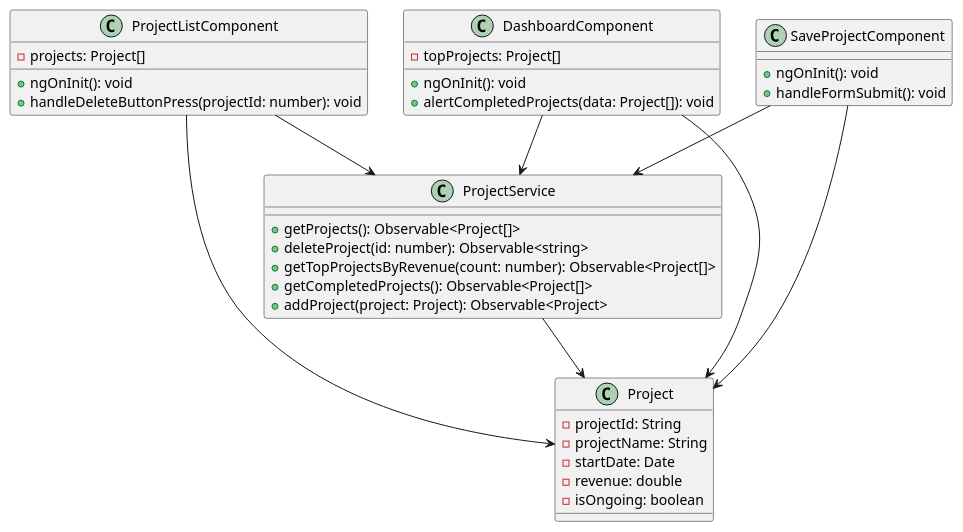
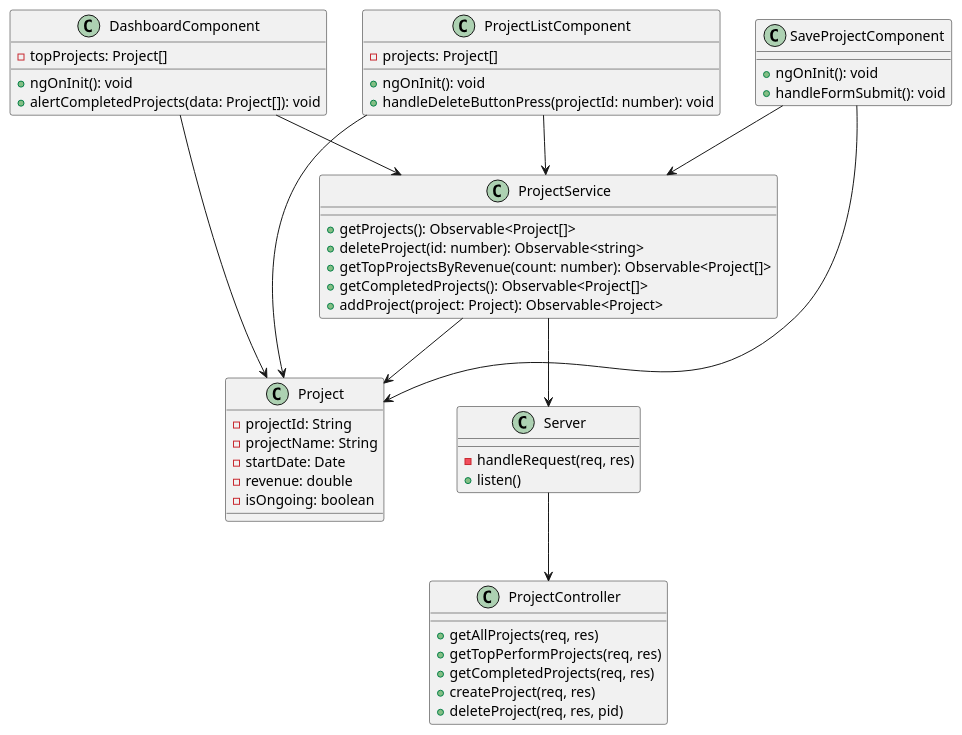
The second of 2 diagrams in diagrams/angular/angular.md (haturusinghe/project-dashboard-angular), drawn with PlantUML before and after one commit. The commit also changed other lines of this file and 1 other file, not shown here.

Commit message:
updated diagreams

````diff
--- a/diagrams/angular/angular.md
+++ b/diagrams/angular/angular.md
@@ -91,56 +90,72 @@
 ```plantuml
 @startuml
 top to bottom direction
 
 class ProjectService{
     +getProjects(): Observable<Project[]>
     +deleteProject(id: number): Observable<string>
     +getTopProjectsByRevenue(count: number): Observable<Project[]>
     +getCompletedProjects(): Observable<Project[]>
     +addProject(project: Project): Observable<Project>
 }
 
 class Project{
     -projectId: String
     -projectName: String
     -startDate: Date
     -revenue: double
     -isOngoing: boolean
 }
 
 class ProjectListComponent{
     -projects: Project[]
     +ngOnInit(): void
     +handleDeleteButtonPress(projectId: number): void
 }
 
 class DashboardComponent{
     -topProjects: Project[]
     +ngOnInit(): void
     +alertCompletedProjects(data: Project[]): void
 }
 
 class SaveProjectComponent{
     +ngOnInit(): void
     +handleFormSubmit(): void
 }
 
+class ProjectController {
+  +getAllProjects(req, res)
+  +getTopPerformProjects(req, res)
+  +getCompletedProjects(req, res)
+  +createProject(req, res)
+  +deleteProject(req, res, pid)
+}
+
+class Server {
+  -handleRequest(req, res)
+  +listen()
+}
+
+
+Server --> ProjectController 
 
 
 
 ProjectListComponent --> ProjectService
 DashboardComponent --> ProjectService
 SaveProjectComponent --> ProjectService
 
 ProjectListComponent --> Project
 DashboardComponent --> Project
 SaveProjectComponent --> Project
 
 ProjectService --> Project
+ProjectService --> Server
 
 
 
 @enduml
 
 
 ```
````
